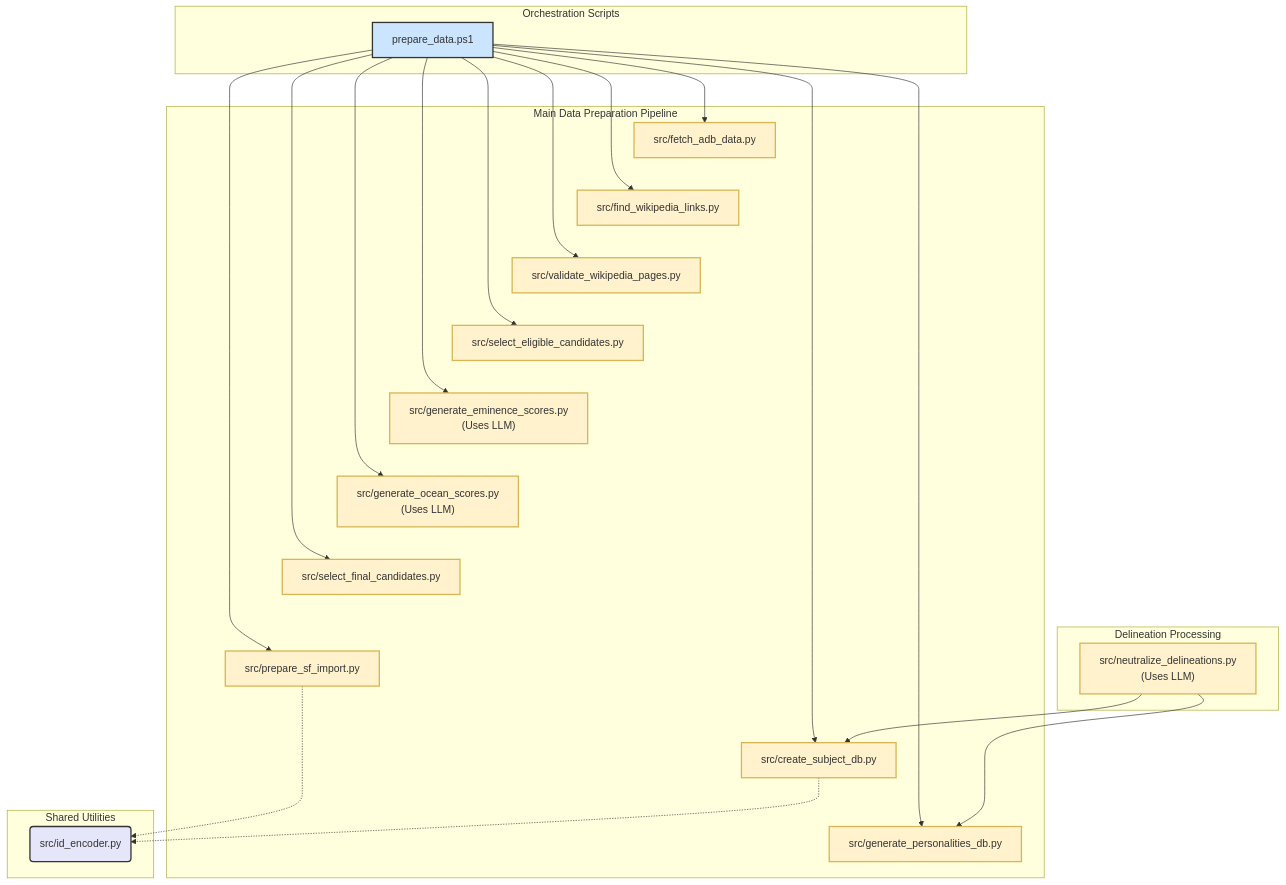
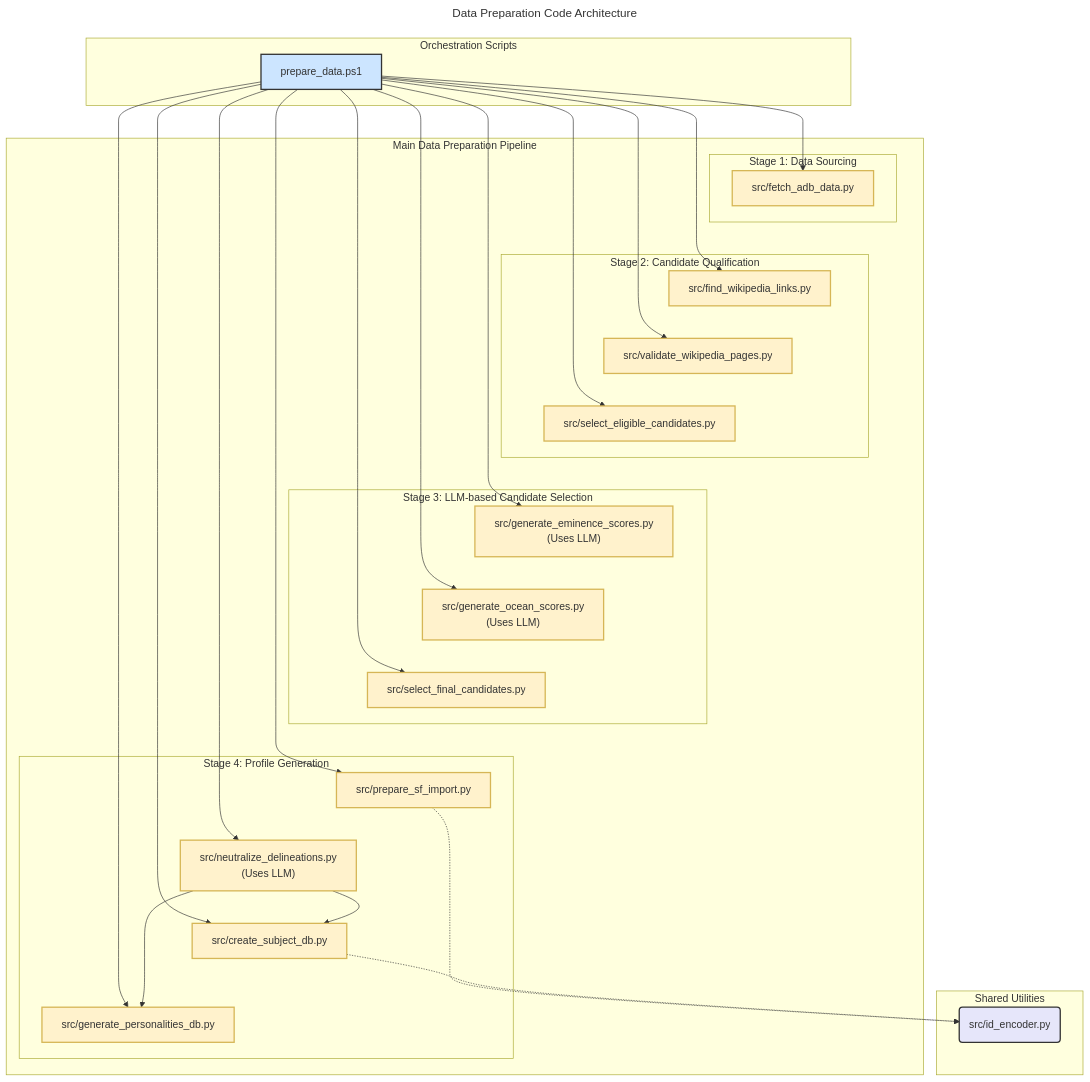
Before and after one commit to peterjmarko/llm-narrative-framework: the diagram in docs/diagrams/arch_prep_codebase.mmd, drawn with Mermaid. The commit also changed 13 other files, not shown here.

First line of the commit message:
refactor(data-preparation): standardize terminology and refactor bypass flag

```diff
--- a/docs/diagrams/arch_prep_codebase.mmd
+++ b/docs/diagrams/arch_prep_codebase.mmd
@@ -1,54 +1,71 @@
+---
+title: Data Preparation Code Architecture
+---
 graph TD
     classDef scriptStyle fill:#fff2cc,stroke:#d6b656,stroke-width:2px
     classDef utilStyle fill:#e6e6fa,stroke:#333,stroke-width:2px
     classDef orchestratorStyle fill:#cce5ff,stroke:#333,stroke-width:2px
 
     subgraph "Orchestration Scripts"
         P[prepare_data.ps1]
     end
 
     subgraph "Main Data Preparation Pipeline"
-        A[src/fetch_adb_data.py]
-        B[src/find_wikipedia_links.py]
-        B2[src/validate_wikipedia_pages.py]
-        C[src/select_eligible_candidates.py]
-        D["src/generate_eminence_scores.py<br/>(Uses LLM)"]
-        E["src/generate_ocean_scores.py<br/>(Uses LLM)"]
-        F[src/select_final_candidates.py]
-        G[src/prepare_sf_import.py]
-        H[src/create_subject_db.py]
-        I[src/generate_personalities_db.py]
+        subgraph "Stage 1: Data Sourcing"
+            A[src/fetch_adb_data.py]
+        end
+        subgraph "Stage 2: Candidate Qualification"
+            B[src/find_wikipedia_links.py]
+            B2[src/validate_wikipedia_pages.py]
+            C[src/select_eligible_candidates.py]
+        end
+        subgraph "Stage 3: LLM-based Candidate Selection"
+            D["src/generate_eminence_scores.py<br/>(Uses LLM)"]
+            E["src/generate_ocean_scores.py<br/>(Uses LLM)"]
+            F[src/select_final_candidates.py]
+        end
+        subgraph "Stage 4: Profile Generation"
+            G[src/prepare_sf_import.py]
+            J["src/neutralize_delineations.py<br/>(Uses LLM)"]
+            H[src/create_subject_db.py]
+            I[src/generate_personalities_db.py]
+        end
     end
     
     P --> A
     P --> B
     P --> B2
     P --> C
     P --> D
     P --> E
     P --> F
     P --> G
+    P --> J
     P --> H
     P --> I
 
-    %% Invisible links to force vertical stacking
-    A ~~~ B ~~~ B2 ~~~ C ~~~ D ~~~ E ~~~ F ~~~ G ~~~ H ~~~ I
-    
-    subgraph Delineation Processing
-        J["src/neutralize_delineations.py<br/>(Uses LLM)"]
-    end
-
-    J --> I
-    J --> H
+    %% Invisible links to force vertical waterfall layout
+    A ~~~ B
+    B ~~~ B2
+    B2 ~~~ C
+    C ~~~ D
+    D ~~~ E
+    E ~~~ F
+    F ~~~ G
+    G ~~~ J
+    J ~~~ H
+    H ~~~ I
 
     subgraph Shared Utilities
         K(src/id_encoder.py)
     end
 
+    J --> I
+    J --> H
     G -.-> K
     H -.-> K
 
     %% Apply Styles
     class P orchestratorStyle
     class A,B,B2,C,D,E,F,G,H,I,J scriptStyle
     class K utilStyle
```
